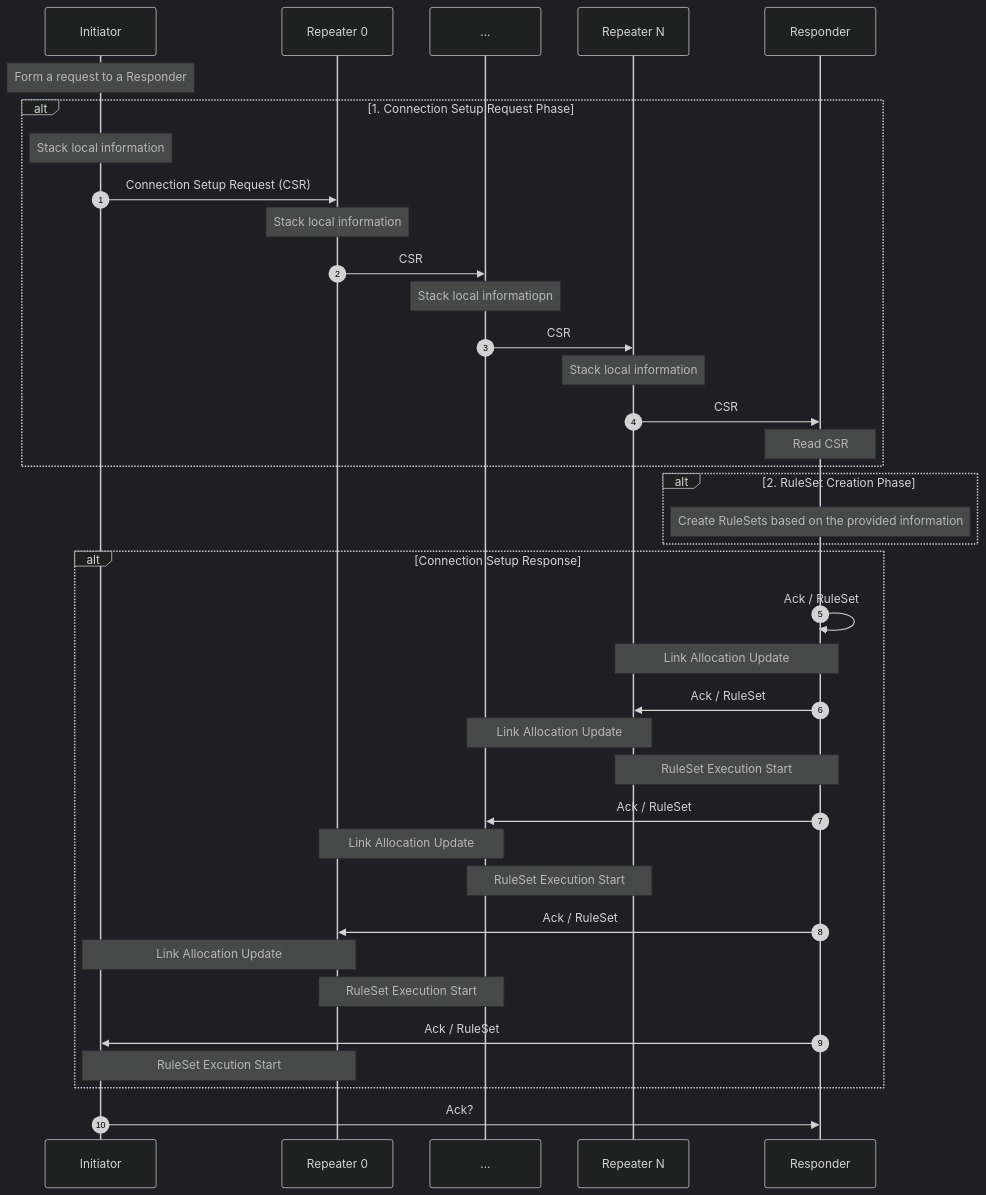
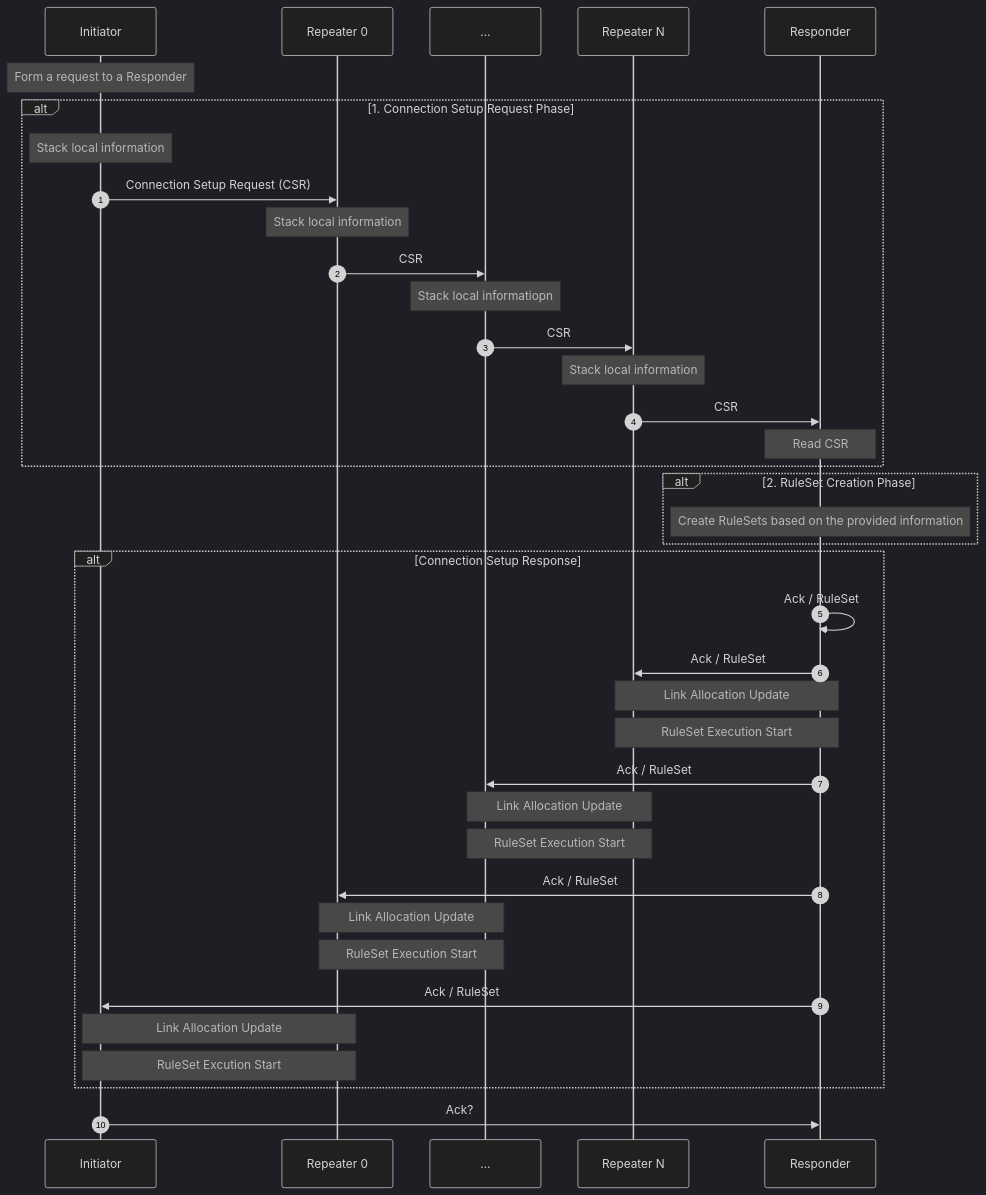
Before and after one commit to sfc-aqua/RuleSetSpec: the first of 6 diagrams in 2.1.1.ConnectionSetup.md, drawn with Mermaid (dark theme). The commit also changed other lines of this file, not shown here.

Commit message:
updated LAU in the diagram

````diff
--- a/2.1.1.ConnectionSetup.md
+++ b/2.1.1.ConnectionSetup.md
@@ -110,54 +110,54 @@
 ```mermaid
 sequenceDiagram
     autonumber
     participant Initiator
     participant Repeater 0
     participant ...
     Participant Repeater N
     participant Responder
 
     Note over Initiator: Form a request to a Responder
 
     alt 1. Connection Setup Request Phase
         Note over Initiator: Stack local information
         Initiator ->> Repeater 0: Connection Setup Request (CSR)
         Note over Repeater 0: Stack local information
         Repeater 0 ->> ... : CSR
         Note over ...: Stack local informatiopn
         ... ->> Repeater N: CSR
         Note over Repeater N: Stack local information
         Repeater N ->> Responder: CSR
         Note over Responder: Read CSR
     end
 
     alt 2. RuleSet Creation Phase
         Note over Responder: Create RuleSets based on the provided information
     end
 
     alt Connection Setup Response
         # Responder to Repeater N
         Responder ->> Responder: Ack / RuleSet
-        Note over Repeater N, Responder: Link Allocation Update
 
         Responder ->> Repeater N: Ack / RuleSet
-        Note over ..., Repeater N: Link Allocation Update
+        Note over Repeater N, Responder: Link Allocation Update
         Note over Repeater N, Responder: RuleSet Execution Start
         
         Responder ->> ...: Ack / RuleSet
-        Note over Repeater 0, ...: Link Allocation Update
+        Note over ..., Repeater N: Link Allocation Update
         Note over ..., Repeater N: RuleSet Execution Start
 
 
         # Repeater 1 to Intermediate Repeaters
         Responder ->> Repeater 0: Ack / RuleSet
-        Note over Repeater 0, Initiator: Link Allocation Update
+        Note over Repeater 0, ...: Link Allocation Update
         Note over Repeater 0, ...: RuleSet Execution Start
 
         # Initiator to Repeater 1
         Responder ->> Initiator: Ack / RuleSet
+        Note over Repeater 0, Initiator: Link Allocation Update
         Note over Initiator, Repeater 0: RuleSet Excution Start
 
     end
 
     Initiator ->> Responder: Ack?
 ```
````
